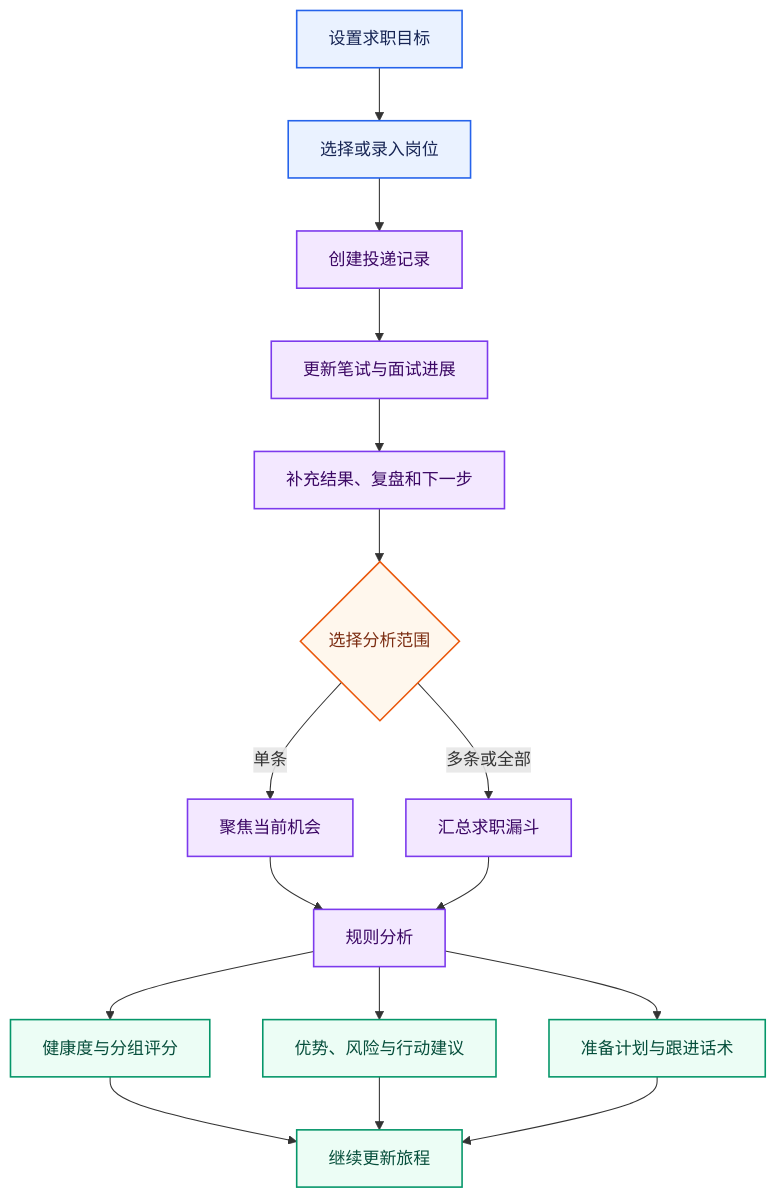
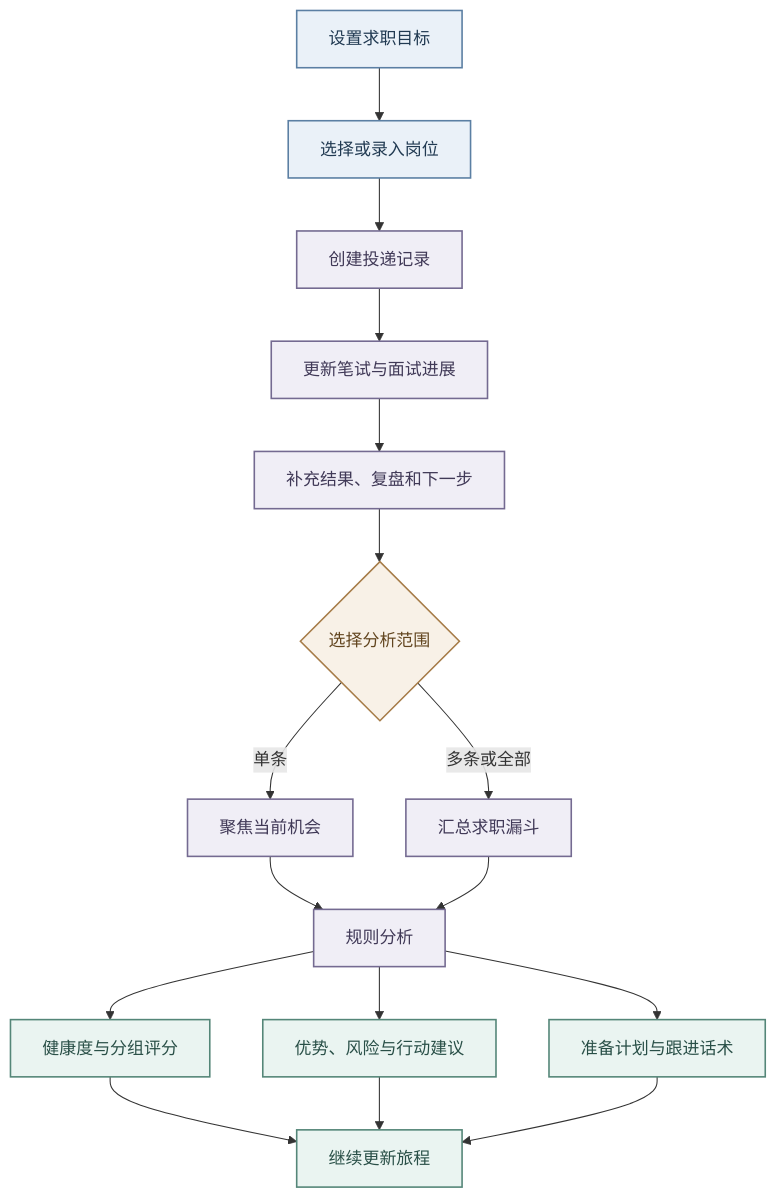
One commit to Logistic98/job-buddy changed the diagram in agent-doc/业务功能/求职旅程与投递管理.md. Above: the diagram before and after it, drawn with Mermaid. The commit also changed other lines of this file and 32 other files, not shown here.

Commit message:
docs: align engine context and diagram guidance

````diff
--- a/agent-doc/业务功能/求职旅程与投递管理.md
+++ b/agent-doc/业务功能/求职旅程与投递管理.md
@@ -15,28 +24,28 @@
 ```mermaid
 graph TD
     A[设置求职目标] --> B[选择或录入岗位]
     B --> C[创建投递记录]
     C --> D[更新笔试与面试进展]
     D --> E["补充结果、复盘和下一步"]
     E --> F{选择分析范围}
     F -->|单条| G[聚焦当前机会]
     F -->|多条或全部| H[汇总求职漏斗]
     G --> I[规则分析]
     H --> I
     I --> J[健康度与分组评分]
     I --> K["优势、风险与行动建议"]
     I --> L[准备计划与跟进话术]
     J --> M[继续更新旅程]
     K --> M
     L --> M
 
-    classDef entry fill:#EAF2FF,stroke:#2563EB,color:#172554,stroke-width:1.5px;
-    classDef process fill:#F3E8FF,stroke:#7C3AED,color:#3B0764,stroke-width:1.5px;
-    classDef decision fill:#FFF7ED,stroke:#EA580C,color:#7C2D12,stroke-width:1.5px;
-    classDef outcome fill:#ECFDF5,stroke:#059669,color:#064E3B,stroke-width:1.5px;
+    classDef entry fill:#EAF1F8,stroke:#5B7FA3,color:#213A52,stroke-width:1.5px;
+    classDef process fill:#F0EEF6,stroke:#746A91,color:#403957,stroke-width:1.5px;
+    classDef decision fill:#F8F1E7,stroke:#A67C48,color:#62451F,stroke-width:1.5px;
+    classDef outcome fill:#EAF4F1,stroke:#548678,color:#294F47,stroke-width:1.5px;
 
     class A,B entry;
     class C,D,E,G,H,I process;
     class F decision;
     class J,K,L,M outcome;
 ```
````
